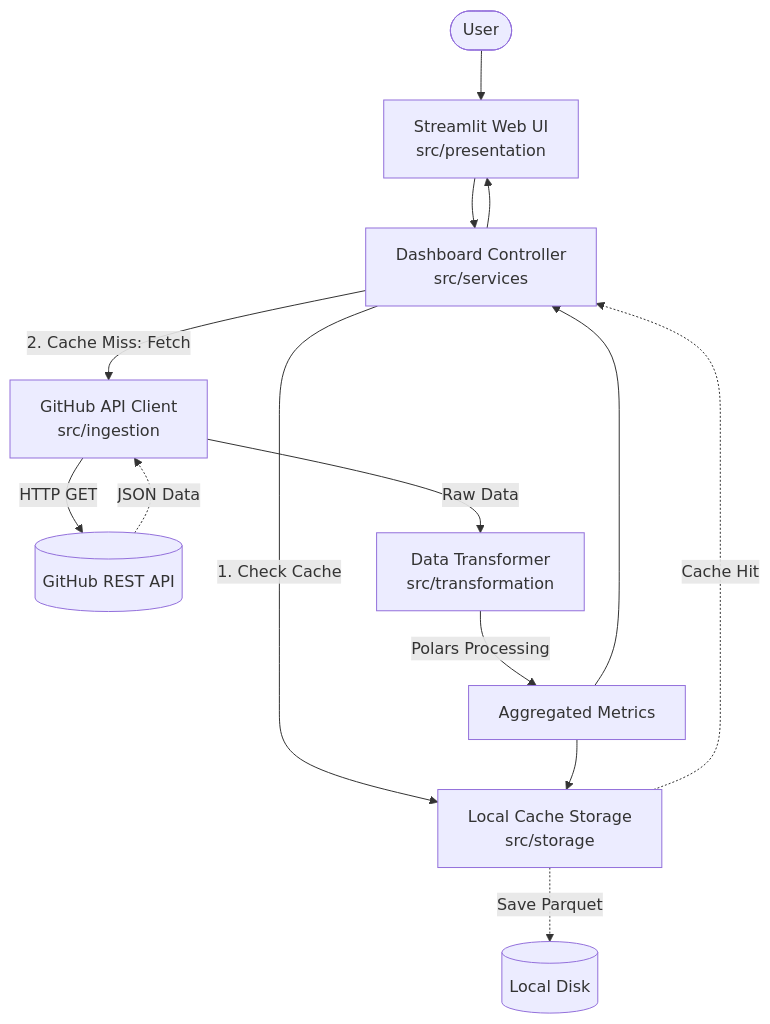
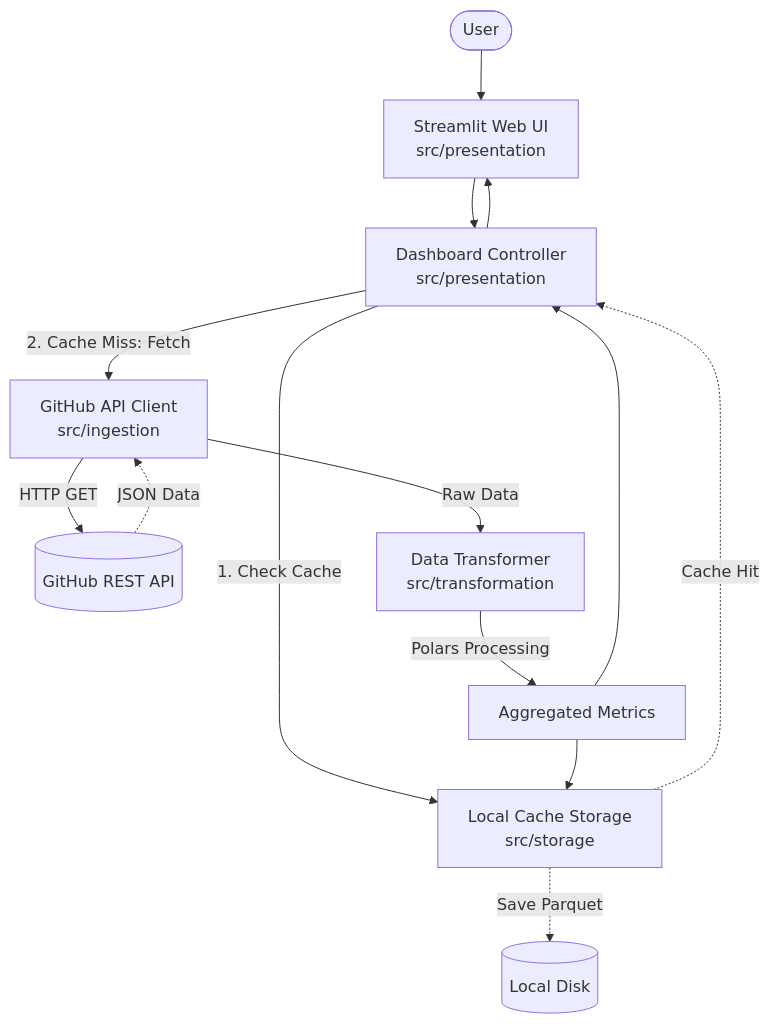
Before and after one commit to tsuyama1990/nitpick_test: the diagram in README.md, drawn with Mermaid. The commit also changed other lines of this file and 26 other files, not shown here.

````diff
--- a/README.md
+++ b/README.md
@@ -20,20 +20,20 @@
 ```mermaid
 graph TD
     User([User]) --> UI[Streamlit Web UI<br/>src/presentation]
-    UI --> Controller[Dashboard Controller<br/>src/services]
+    UI --> Controller[Dashboard Controller<br/>src/presentation]
 
     Controller -- 1. Check Cache --> Storage[Local Cache Storage<br/>src/storage]
     Storage -. Cache Hit .-> Controller
 
     Controller -- 2. Cache Miss: Fetch --> APIClient[GitHub API Client<br/>src/ingestion]
     APIClient -- HTTP GET --> GitHub[(GitHub REST API)]
     GitHub -. JSON Data .-> APIClient
 
     APIClient -- Raw Data --> Transformer[Data Transformer<br/>src/transformation]
     Transformer -- Polars Processing --> AggregatedData[Aggregated Metrics]
     AggregatedData --> Storage
     Storage -. Save Parquet .-> Disk[(Local Disk)]
     AggregatedData --> Controller
 
     Controller --> UI
 ```
````
